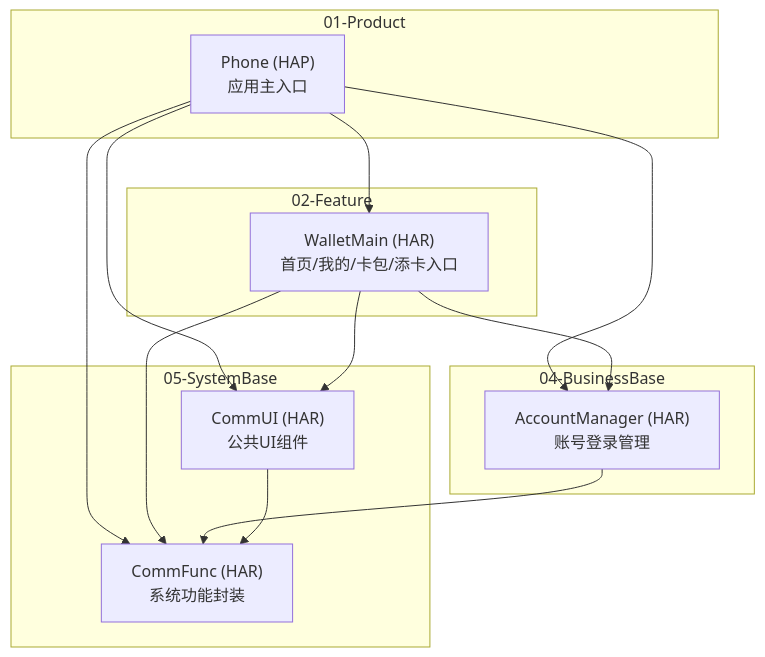
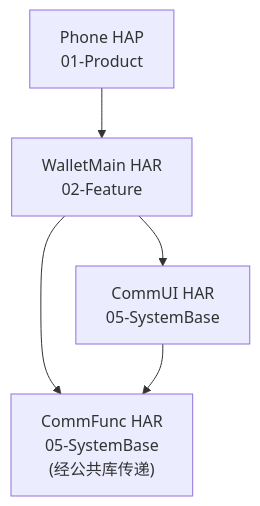
Before and after one commit to sqsqsq/SimulatedWalletForHmos: the first of 2 diagrams in doc/features/home-page/design.md, drawn with Mermaid. The commit also changed other lines of this file and 12 other files, not shown here.

````diff
--- a/doc/features/home-page/design.md
+++ b/doc/features/home-page/design.md
@@ -110,26 +51,7 @@
 ```mermaid
 graph TD
-    subgraph L1["01-Product"]
-        Phone["Phone (HAP)\n应用主入口"]
-    end
-    subgraph L2["02-Feature"]
-        WalletMain["WalletMain (HAR)\n首页/我的/卡包/添卡入口"]
-    end
-    subgraph L4["04-BusinessBase"]
-        AccountMgr["AccountManager (HAR)\n账号登录管理"]
-    end
-    subgraph L5["05-SystemBase"]
-        CommFunc["CommFunc (HAR)\n系统功能封装"]
-        CommUI["CommUI (HAR)\n公共UI组件"]
-    end
-
-    Phone --> WalletMain
-    Phone --> AccountMgr
-    Phone --> CommUI
-    Phone --> CommFunc
-    WalletMain --> AccountMgr
-    WalletMain --> CommUI
-    WalletMain --> CommFunc
-    AccountMgr --> CommFunc
-    CommUI --> CommFunc
+  Phone["Phone HAP\n01-Product"] --> WM["WalletMain HAR\n02-Feature"]
+  WM --> CommUI["CommUI HAR\n05-SystemBase"]
+  WM --> CommFunc["CommFunc HAR\n05-SystemBase\n(经公共库传递)"]
+  CommUI --> CommFunc
 ```
````
